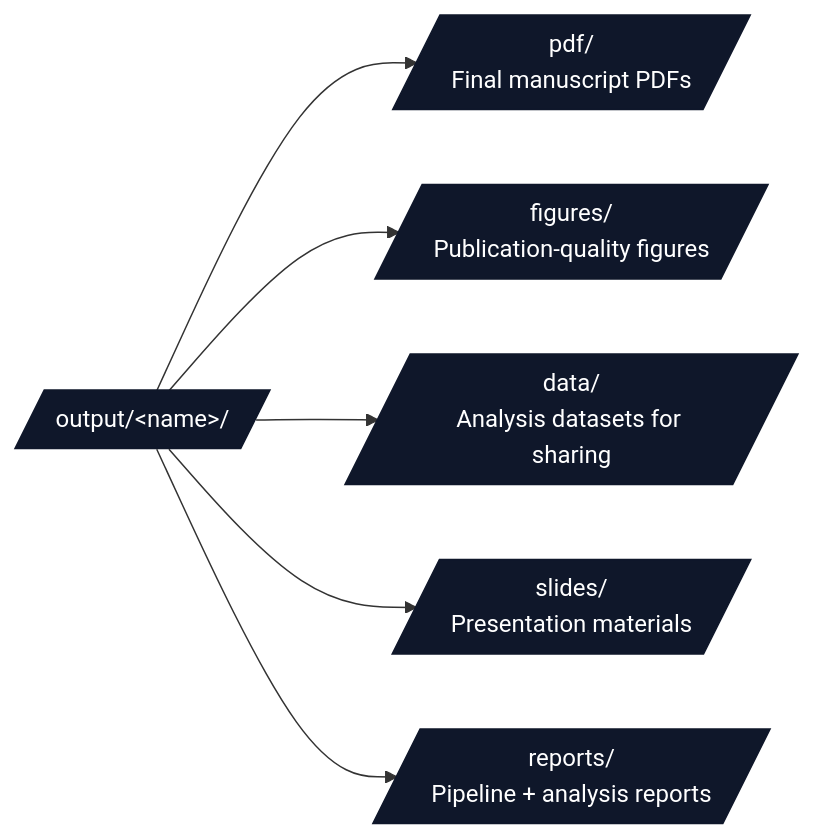
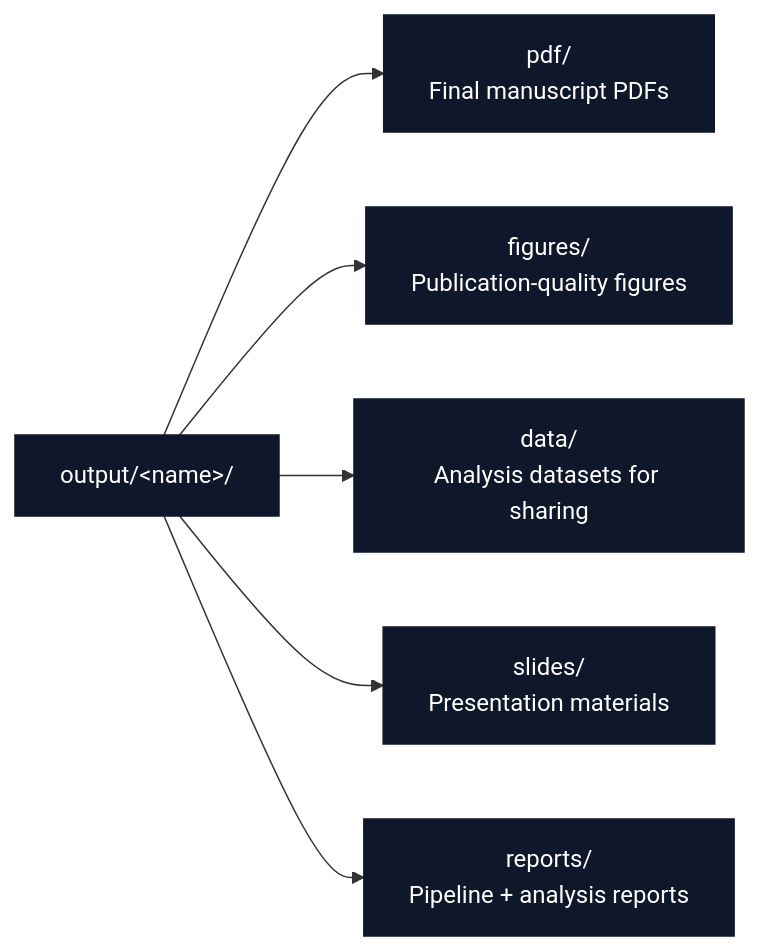
Before and after one commit to docxology/template: the seventh of 7 diagrams in projects/AGENTS.md, drawn with Mermaid. The commit also changed other lines of this file and 94 other files, not shown here.

````diff
--- a/projects/AGENTS.md
+++ b/projects/AGENTS.md
@@ -575,12 +575,12 @@
 ```mermaid
 flowchart LR
-    OUT[/output/&lt;name&gt;//]
-    OUT --> PDF[/pdf/<br/>Final manuscript PDFs/]
-    OUT --> FIG[/figures/<br/>Publication-quality figures/]
-    OUT --> DATA[/data/<br/>Analysis datasets for sharing/]
-    OUT --> SLIDES[/slides/<br/>Presentation materials/]
-    OUT --> REP[/reports/<br/>Pipeline + analysis reports/]
+    OUT[output/&lt;name&gt;/]
+    OUT --> PDF[pdf/<br/>Final manuscript PDFs]
+    OUT --> FIG[figures/<br/>Publication-quality figures]
+    OUT --> DATA[data/<br/>Analysis datasets for sharing]
+    OUT --> SLIDES[slides/<br/>Presentation materials]
+    OUT --> REP[reports/<br/>Pipeline + analysis reports]
 
     classDef d fill:#0f172a,stroke:#0f172a,color:#fff
     class OUT,PDF,FIG,DATA,SLIDES,REP d
 ```
````
